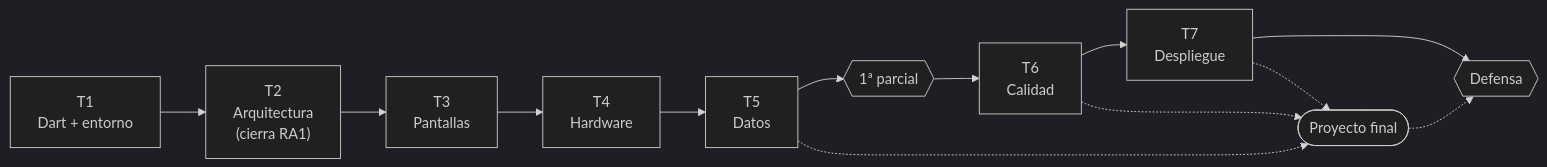
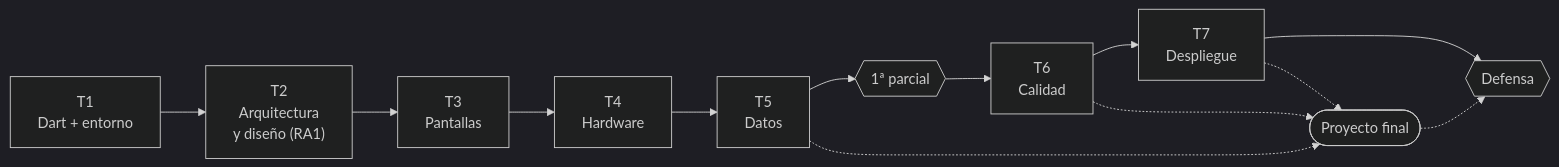
One commit to joselejimenez/AplicacionesHibridas changed the second of 3 diagrams in docs/modulo/hoja-de-ruta.md. Above: the diagram before and after it, drawn with Mermaid (dark theme). The commit also changed other lines of this file and 14 other files, not shown here.

````diff
--- a/docs/modulo/hoja-de-ruta.md
+++ b/docs/modulo/hoja-de-ruta.md
@@ -31,15 +31,15 @@
 ```mermaid
 flowchart LR
-    T1["T1<br/>Dart + entorno"] --> T2["T2<br/>Arquitectura<br/>(cierra RA1)"]
+    T1["T1<br/>Dart + entorno"] --> T2["T2<br/>Arquitectura<br/>y diseño (RA1)"]
     T2 --> T3["T3<br/>Pantallas"]
     T3 --> T4["T4<br/>Hardware"]
     T4 --> T5["T5<br/>Datos"]
     T5 --> P1{{"1ª parcial"}}
     P1 --> T6["T6<br/>Calidad"]
     T6 --> T7["T7<br/>Despliegue"]
     T7 --> D{{"Defensa"}}
     T5 -.-> PF(["Proyecto final"])
     T6 -.-> PF
     T7 -.-> PF
     PF -.-> D
 ```
````
